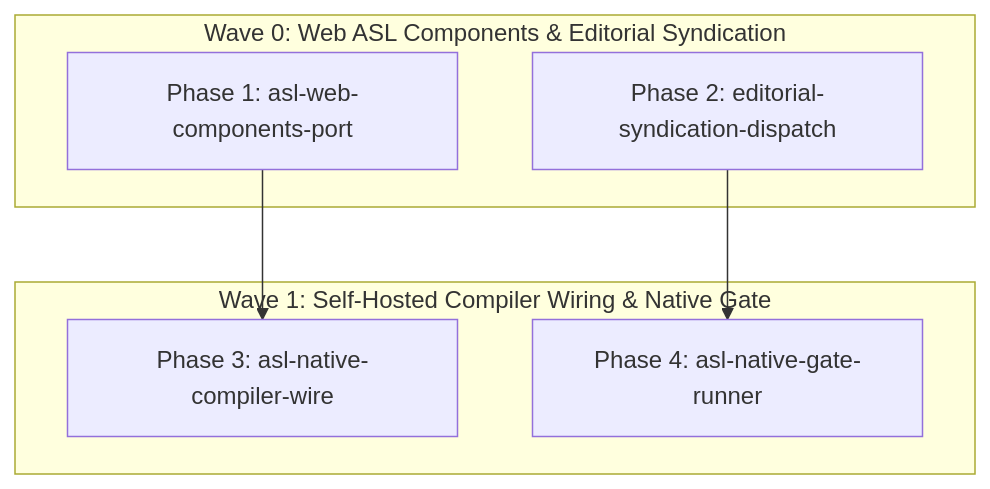
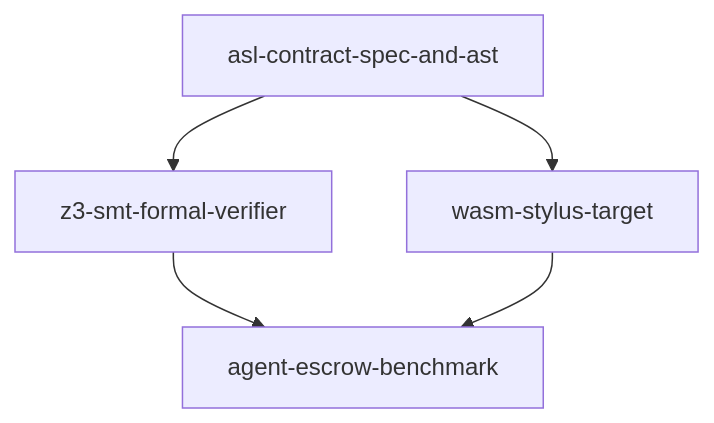
The diagram in .plans/PHASES.md (GenSEAM/asl), drawn with Mermaid before and after one commit. The commit also changed other lines of this file and 7 other files, not shown here.

````diff
--- a/.plans/PHASES.md
+++ b/.plans/PHASES.md
@@ -11,13 +3,7 @@
 ```mermaid
 graph TD
-    subgraph Wave 0 [Wave 0: Web ASL Components & Editorial Syndication]
-        P1[Phase 1: asl-web-components-port]
-        P2[Phase 2: editorial-syndication-dispatch]
-    end
-    subgraph Wave 1 [Wave 1: Self-Hosted Compiler Wiring & Native Gate]
-        P3[Phase 3: asl-native-compiler-wire]
-        P4[Phase 4: asl-native-gate-runner]
-    end
-    P1 --> P3
-    P2 --> P4
+    P1[asl-contract-spec-and-ast] --> P2[z3-smt-formal-verifier]
+    P1 --> P3[wasm-stylus-target]
+    P2 --> P4[agent-escrow-benchmark]
+    P3 --> P4
 ```
````
